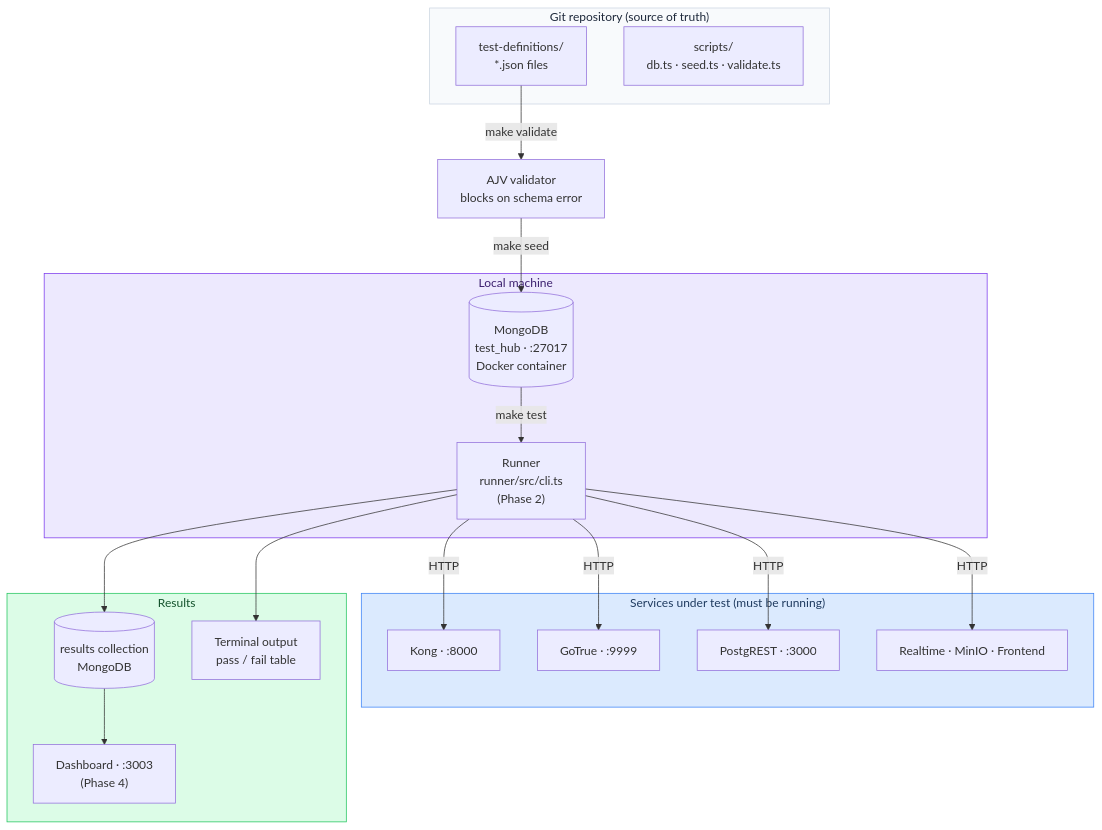
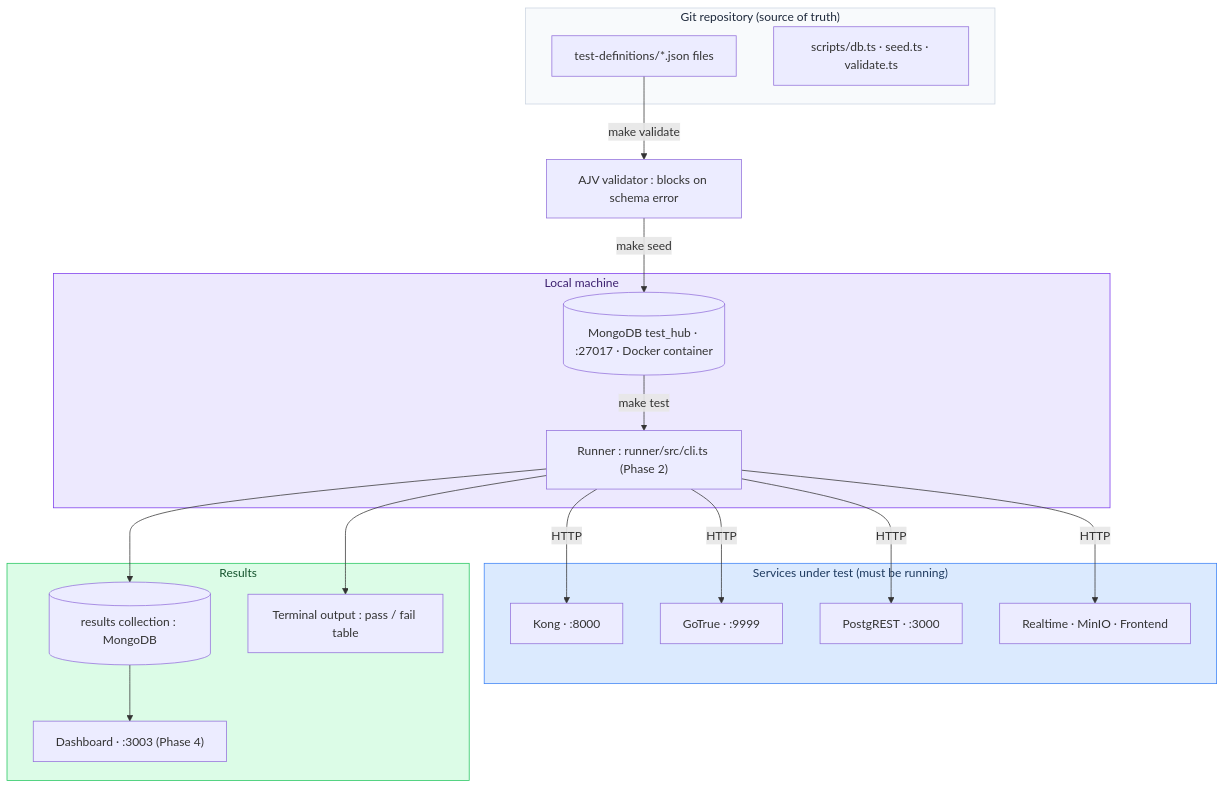
One commit to Univers42/QA changed the third of 12 diagrams in docs/strategy/0-roadmap.md. Above: the diagram before and after it, drawn with Mermaid. The commit also changed other lines of this file and 2 other files, not shown here.

````diff
--- a/docs/strategy/0-roadmap.md
+++ b/docs/strategy/0-roadmap.md
@@ -82,41 +82,41 @@
 ```mermaid
 flowchart TD
     subgraph GIT["Git repository (source of truth)"]
-        JSON["test-definitions/\n*.json files"]
-        SCRIPTS["scripts/\ndb.ts · seed.ts · validate.ts"]
+        JSON["test-definitions/*.json files"]
+        SCRIPTS["scripts/db.ts · seed.ts · validate.ts"]
     end
 
     subgraph LOCAL["Local machine"]
-        MONGO[("MongoDB\ntest_hub · :27017\nDocker container")]
-        RUNNER["Runner\nrunner/src/cli.ts\n(Phase 2)"]
+        MONGO[("MongoDB test_hub · :27017 · Docker container")]
+        RUNNER["Runner : runner/src/cli.ts (Phase 2)"]
     end
 
     subgraph SERVICES["Services under test (must be running)"]
         KONG["Kong · :8000"]
         GOTRUE["GoTrue · :9999"]
         POSTGREST["PostgREST · :3000"]
         OTHER["Realtime · MinIO · Frontend"]
     end
 
     subgraph RESULTS["Results"]
-        RESMONGO[("results collection\nMongoDB")]
-        DASHBOARD["Dashboard · :3003\n(Phase 4)"]
-        TERMINAL["Terminal output\npass / fail table"]
+        RESMONGO[("results collection : MongoDB")]
+        DASHBOARD["Dashboard · :3003 (Phase 4)"]
+        TERMINAL["Terminal output : pass / fail table"]
     end
 
-    JSON -->|"make validate"| VALIDATE["AJV validator\nblocks on schema error"]
+    JSON -->|"make validate"| VALIDATE["AJV validator : blocks on schema error"]
     VALIDATE -->|"make seed"| MONGO
     MONGO -->|"make test"| RUNNER
     RUNNER -->|"HTTP"| KONG
     RUNNER -->|"HTTP"| GOTRUE
     RUNNER -->|"HTTP"| POSTGREST
     RUNNER -->|"HTTP"| OTHER
     RUNNER --> TERMINAL
     RUNNER --> RESMONGO
     RESMONGO --> DASHBOARD
 
     style GIT fill:#f8fafc,stroke:#cbd5e1,color:#1e293b
     style LOCAL fill:#ede9fe,stroke:#7c3aed,color:#3b1f6e
     style SERVICES fill:#dbeafe,stroke:#3b82f6,color:#1e3a5f
     style RESULTS fill:#dcfce7,stroke:#22c55e,color:#14532d
 ```
````
